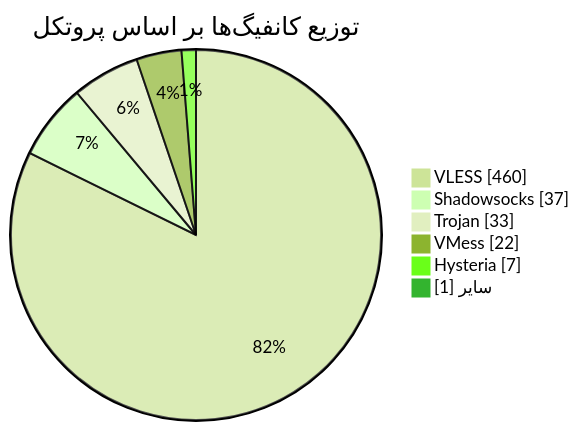
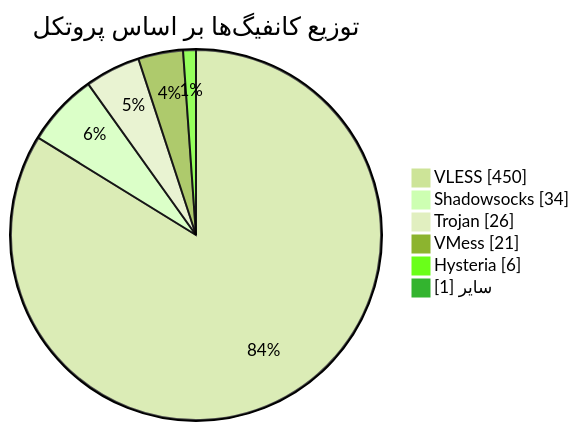
The diagram in README.md (Arian-Alijani/Somthing), drawn with Mermaid (forest theme) before and after one commit. The commit also changed other lines of this file and 69 other files, not shown here.

````diff
--- a/README.md
+++ b/README.md
@@ -48,10 +48,10 @@
 ```mermaid
 pie showData
     title توزیع کانفیگ‌ها بر اساس پروتکل
-    "VLESS" : 460
-    "Shadowsocks" : 37
-    "Trojan" : 33
-    "VMess" : 22
-    "Hysteria" : 7
+    "VLESS" : 450
+    "Shadowsocks" : 34
+    "Trojan" : 26
+    "VMess" : 21
+    "Hysteria" : 6
     "سایر" : 1
 ```
````
